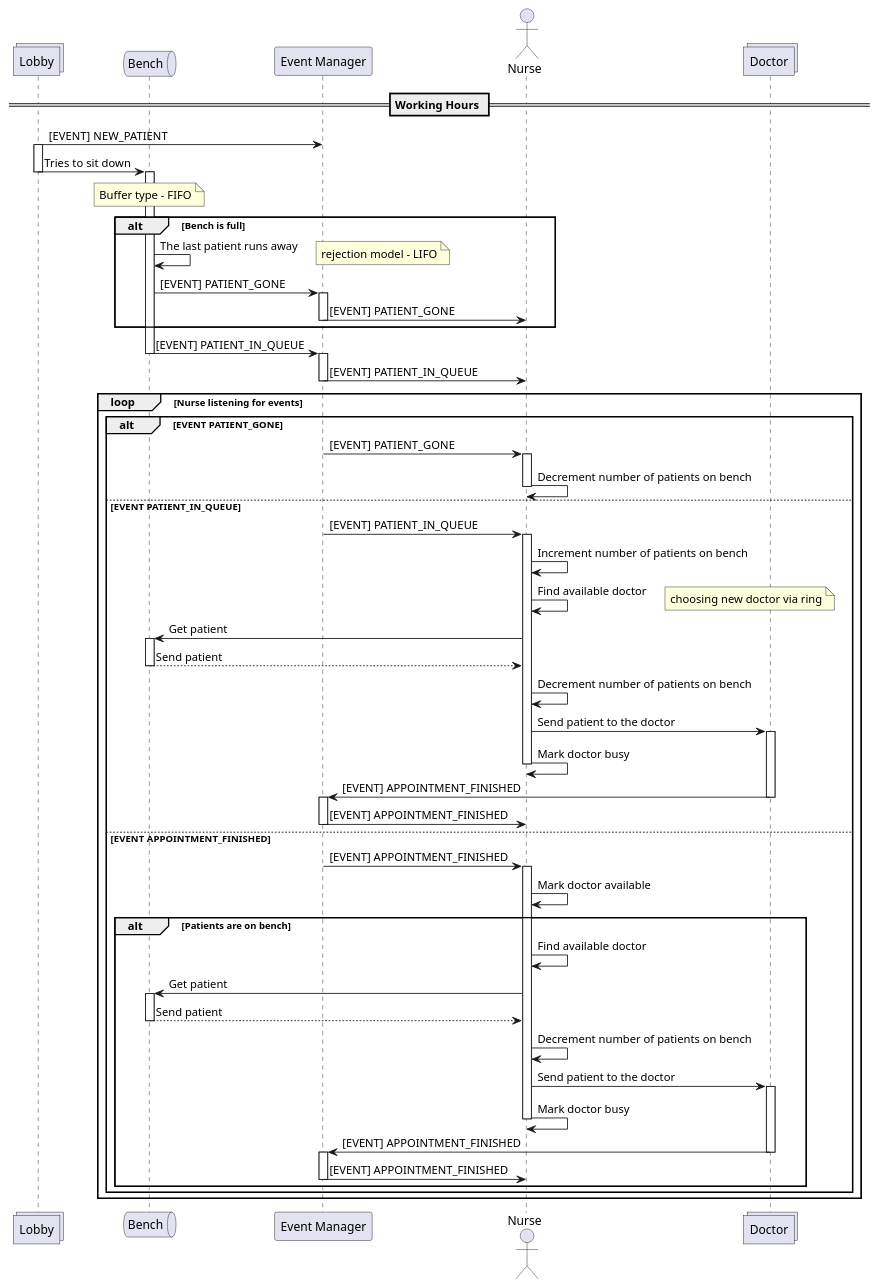
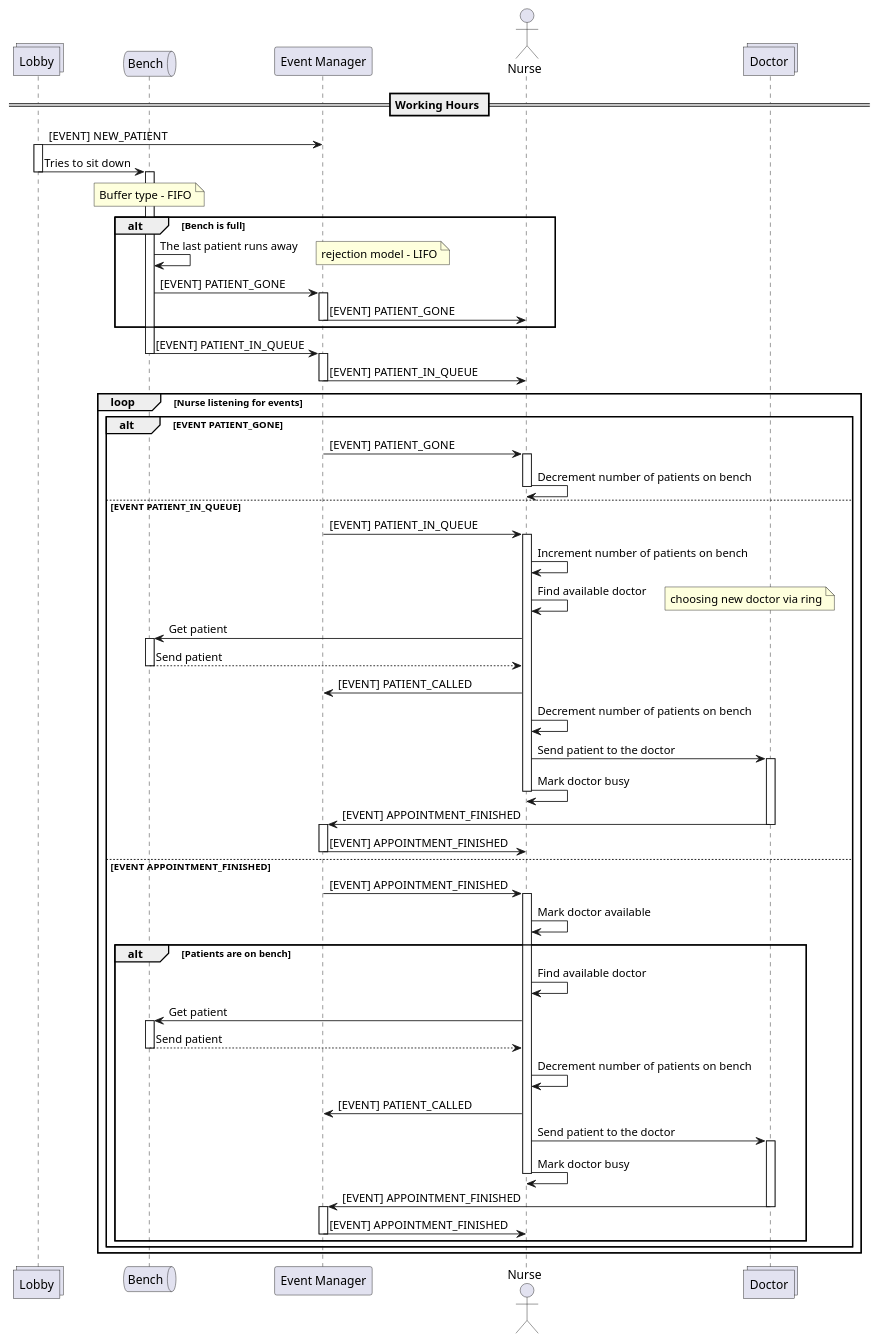
The diagram in arch/sequence_v2.puml (Coding-Seal/arch-model), drawn with PlantUML before and after one commit. The commit also changed 4 other files, not shown here.

```diff
--- a/arch/sequence_v2.puml
+++ b/arch/sequence_v2.puml
@@ -1,95 +1,98 @@
 @startuml Sequence
 
 collections "Lobby" as lobby
 queue "Bench" as bench
 participant  "Event Manager" as eventManager
 actor "Nurse" as nurse
 collections "Doctor" as doctor
 
 
 == Working Hours ==
 
 lobby -> eventManager : [EVENT] NEW_PATIENT
 activate lobby
 lobby -> bench : Tries to sit down
 deactivate lobby
 activate bench
 note over bench : Buffer type - FIFO
 
 alt Bench is full
     bench -> bench : The last patient runs away
     note right : rejection model - LIFO
     bench -> eventManager : [EVENT] PATIENT_GONE
     activate eventManager
     eventManager -> nurse : [EVENT] PATIENT_GONE
     deactivate eventManager
 end
 
 
 bench -> eventManager : [EVENT] PATIENT_IN_QUEUE
 deactivate bench
 
 activate eventManager
 eventManager -> nurse : [EVENT] PATIENT_IN_QUEUE
 deactivate eventManager
 
 loop Nurse listening for events
     alt EVENT PATIENT_GONE
         eventManager -> nurse : [EVENT] PATIENT_GONE
         activate nurse
         nurse -> nurse : Decrement number of patients on bench
         deactivate nurse
     else EVENT PATIENT_IN_QUEUE
         eventManager -> nurse : [EVENT] PATIENT_IN_QUEUE
         activate nurse
         nurse -> nurse : Increment number of patients on bench
         nurse -> nurse : Find available doctor
         note right: choosing new doctor via ring
 
         nurse -> bench : Get patient
         activate bench
         bench --> nurse : Send patient
         deactivate bench
+
+        nurse -> eventManager : [EVENT] PATIENT_CALLED
         nurse -> nurse : Decrement number of patients on bench
 
         nurse -> doctor : Send patient to the doctor
         activate doctor
         nurse -> nurse : Mark doctor busy
         deactivate nurse
         deactivate nurse
 
         doctor -> eventManager : [EVENT] APPOINTMENT_FINISHED
         deactivate doctor
 
         activate eventManager
         eventManager-> nurse : [EVENT] APPOINTMENT_FINISHED
         deactivate eventManager
     else EVENT  APPOINTMENT_FINISHED
         eventManager-> nurse : [EVENT] APPOINTMENT_FINISHED
         activate nurse
         nurse -> nurse : Mark doctor available
 
         alt Patients are on bench
             nurse -> nurse : Find available doctor
 
             nurse -> bench : Get patient
             activate bench
             bench --> nurse : Send patient
             deactivate bench
             nurse -> nurse : Decrement number of patients on bench
+            nurse -> eventManager : [EVENT] PATIENT_CALLED
 
             nurse -> doctor : Send patient to the doctor
             activate doctor
             nurse -> nurse : Mark doctor busy
             deactivate nurse
 
             doctor -> eventManager : [EVENT] APPOINTMENT_FINISHED
             deactivate doctor
             activate eventManager
             eventManager-> nurse : [EVENT] APPOINTMENT_FINISHED
             deactivate eventManager
         end
         deactivate nurse
     end
 end
 @enduml
```
